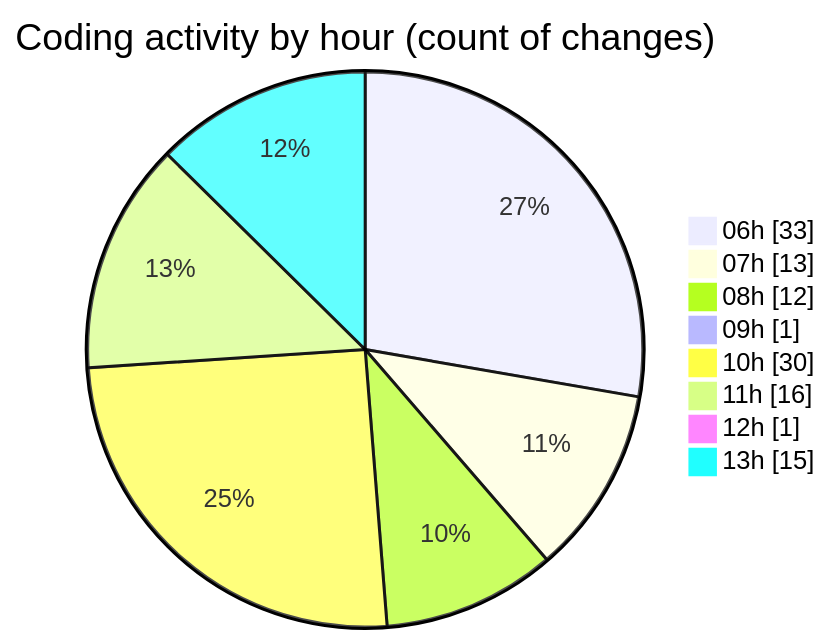
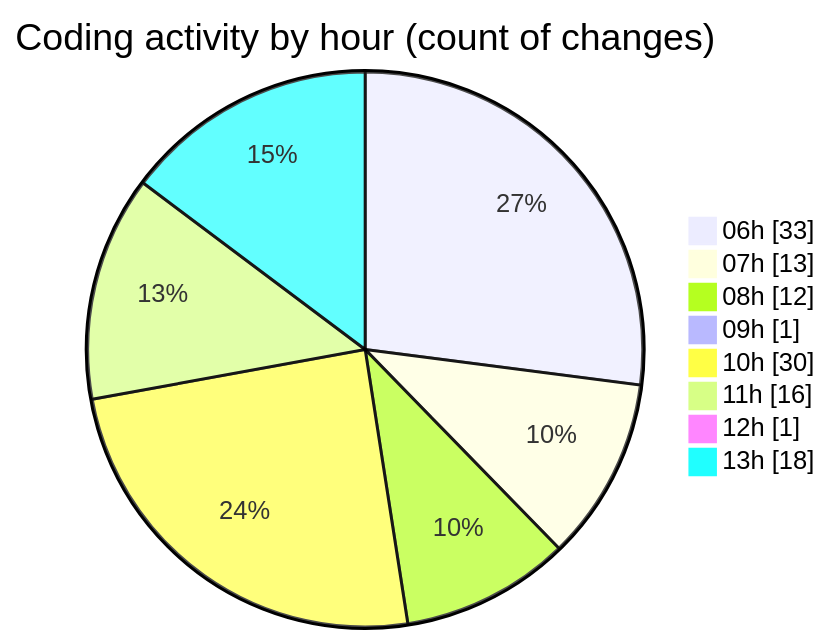
The second of 2 diagrams in 2025-02-21/micros/README.md (charlie-sans/code-tracking), drawn with Mermaid before and after one commit. The commit also changed other lines of this file and 1 other file, not shown here.

````diff
--- a/2025-02-21/micros/README.md
+++ b/2025-02-21/micros/README.md
@@ -88,12 +89,12 @@
 ```mermaid
 pie showData
 title Coding activity by hour (count of changes)
 "06h" : 33
 "07h" : 13
 "08h" : 12
 "09h" : 1
 "10h" : 30
 "11h" : 16
 "12h" : 1
-"13h" : 15
+"13h" : 18
 ```
````
